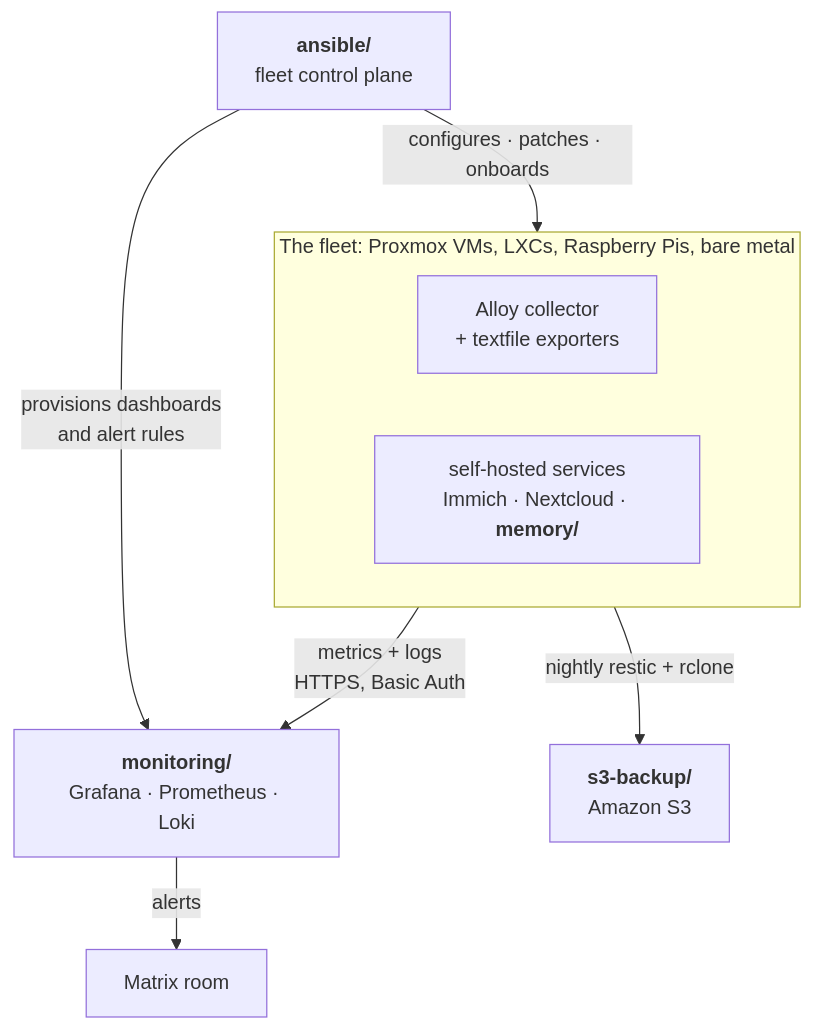
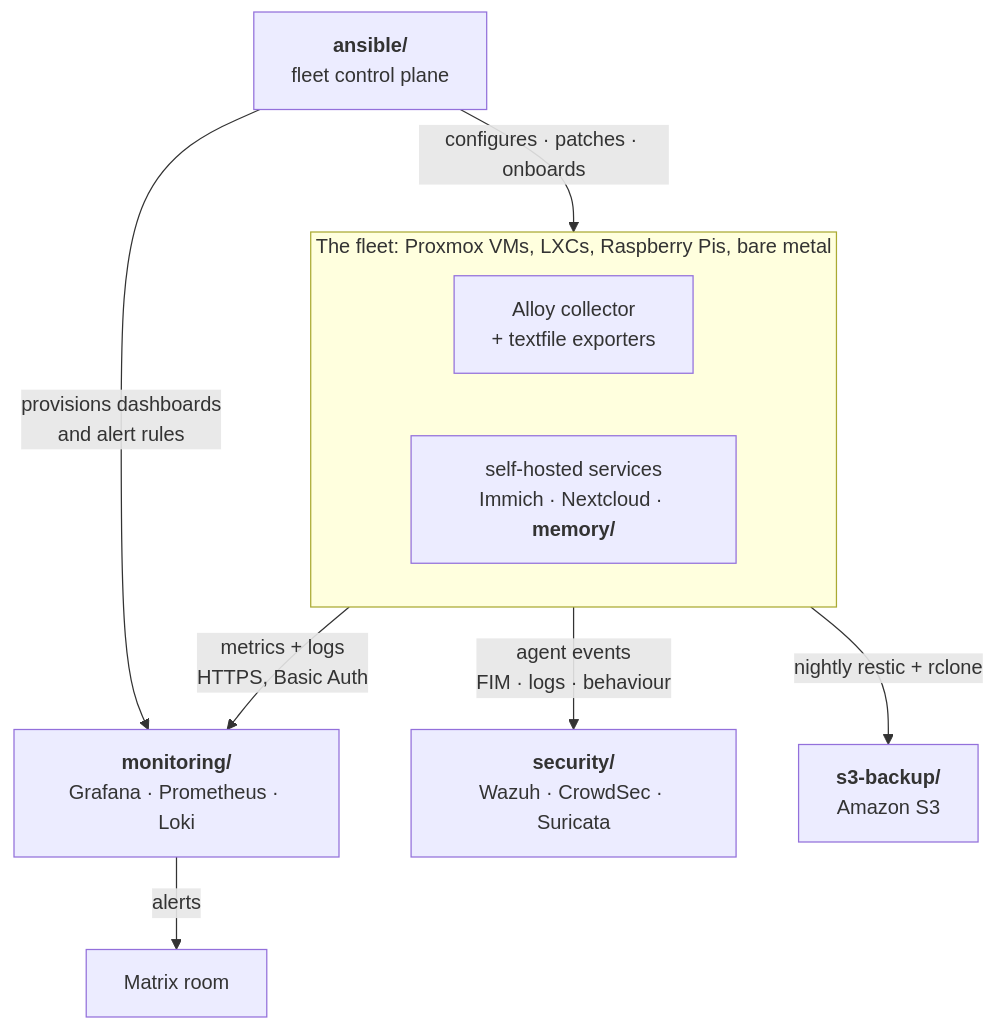
The diagram in README.md (HarshitRuwali/homelab-infra), drawn with Mermaid before and after one commit. The commit also changed other lines of this file and 29 other files, not shown here.

````diff
--- a/README.md
+++ b/README.md
@@ -33,20 +34,22 @@
 ```mermaid
 flowchart TB
     ANS["<b>ansible/</b><br/>fleet control plane"]
 
     subgraph fleet["The fleet: Proxmox VMs, LXCs, Raspberry Pis, bare metal"]
         direction LR
         COL["Alloy collector<br/>+ textfile exporters"]
         SVC["self-hosted services<br/>Immich · Nextcloud · <b>memory/</b>"]
     end
 
     MON["<b>monitoring/</b><br/>Grafana · Prometheus · Loki"]
+    SEC["<b>security/</b><br/>Wazuh · CrowdSec · Suricata"]
     MTX["Matrix room"]
     S3["<b>s3-backup/</b><br/>Amazon S3"]
 
     ANS -->|"configures · patches · onboards"| fleet
+    fleet -->|"agent events<br/>FIM · logs · behaviour"| SEC
     ANS -->|"provisions dashboards<br/>and alert rules"| MON
     COL -->|"metrics + logs<br/>HTTPS, Basic Auth"| MON
     MON -->|"alerts"| MTX
     SVC -->|"nightly restic + rclone"| S3
 ```
````
